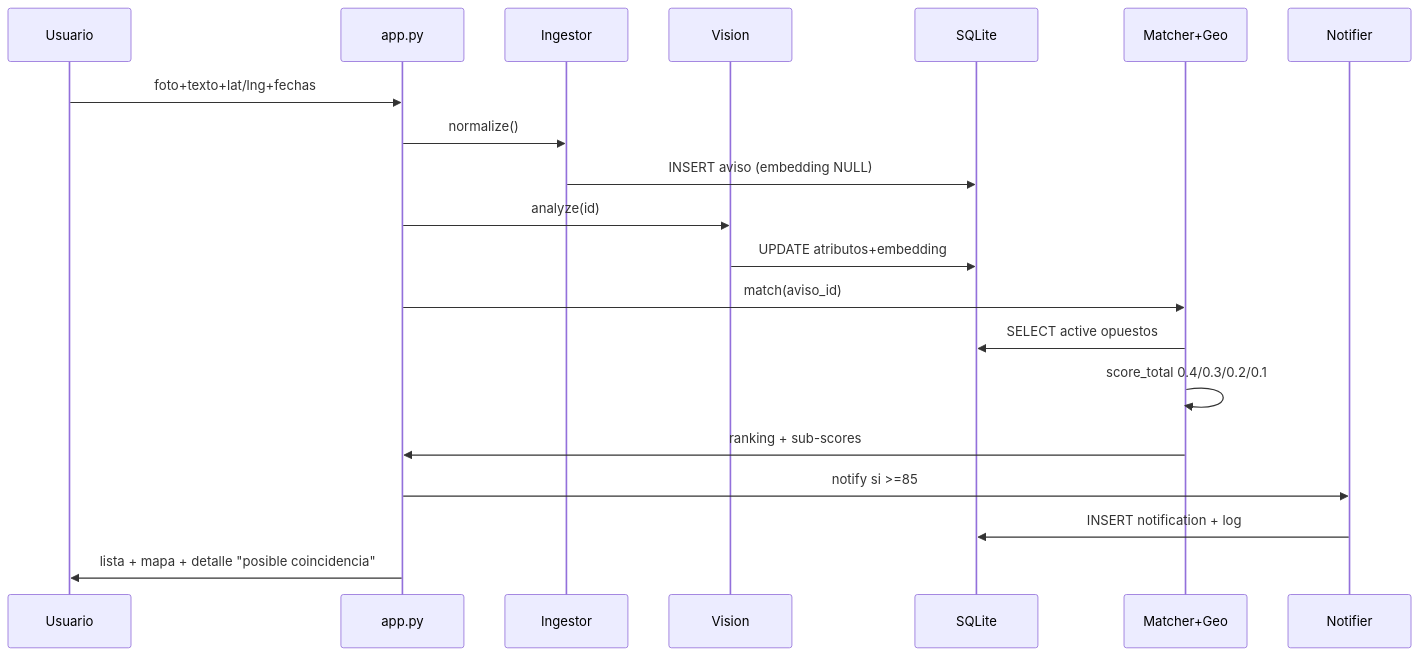
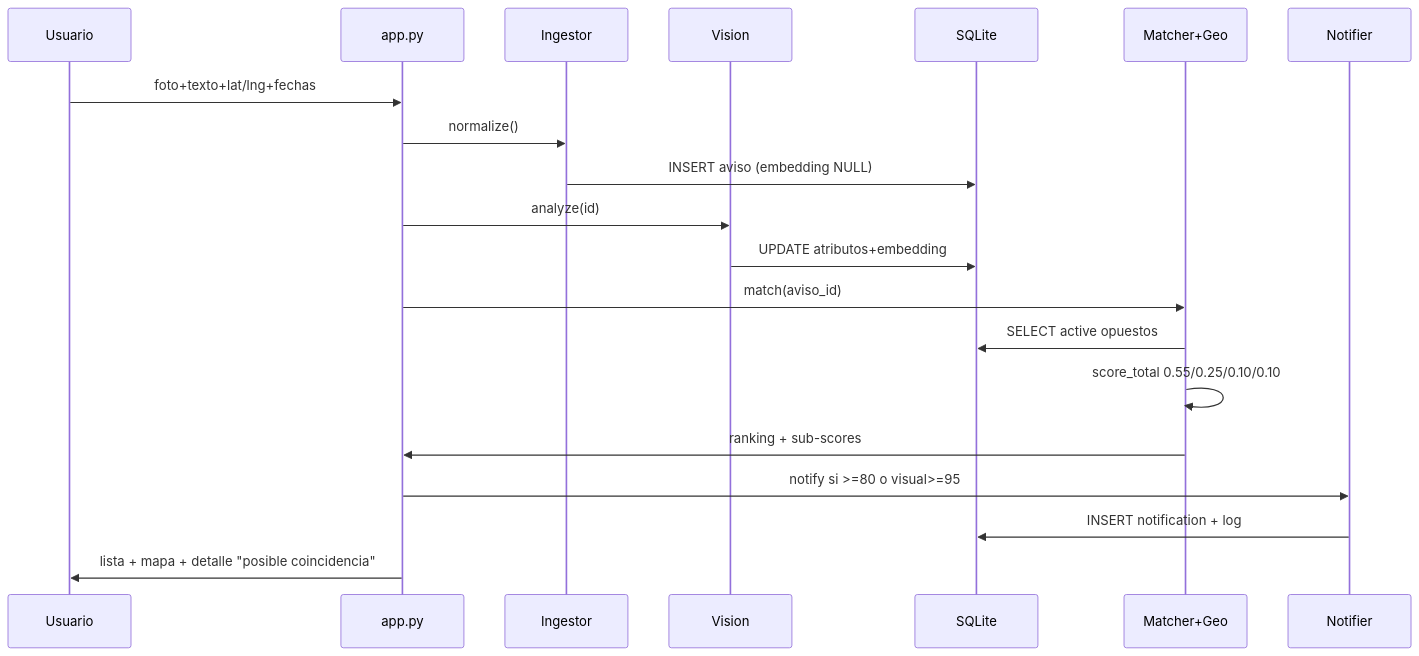
One commit to mpn1706/HUELLAS-ProyectoFinalEOI changed the diagram in architecture.md. Above: the diagram before and after it, drawn with Mermaid. The commit also changed other lines of this file and 9 other files, not shown here.

````diff
--- a/architecture.md
+++ b/architecture.md
@@ -108,22 +108,22 @@
 ```mermaid
 sequenceDiagram
   participant U as Usuario
   participant A as app.py
   participant I as Ingestor
   participant V as Vision
   participant DB as SQLite
   participant M as Matcher+Geo
   participant N as Notifier
   U->>A: foto+texto+lat/lng+fechas
   A->>I: normalize()
   I->>DB: INSERT aviso (embedding NULL)
   A->>V: analyze(id)
   V->>DB: UPDATE atributos+embedding
   A->>M: match(aviso_id)
   M->>DB: SELECT active opuestos
-  M->>M: score_total 0.4/0.3/0.2/0.1
+  M->>M: score_total 0.55/0.25/0.10/0.10
   M->>A: ranking + sub-scores
-  A->>N: notify si >=85
+  A->>N: notify si >=80 o visual>=95
   N->>DB: INSERT notification + log
   A->>U: lista + mapa + detalle "posible coincidencia"
 ```
````
